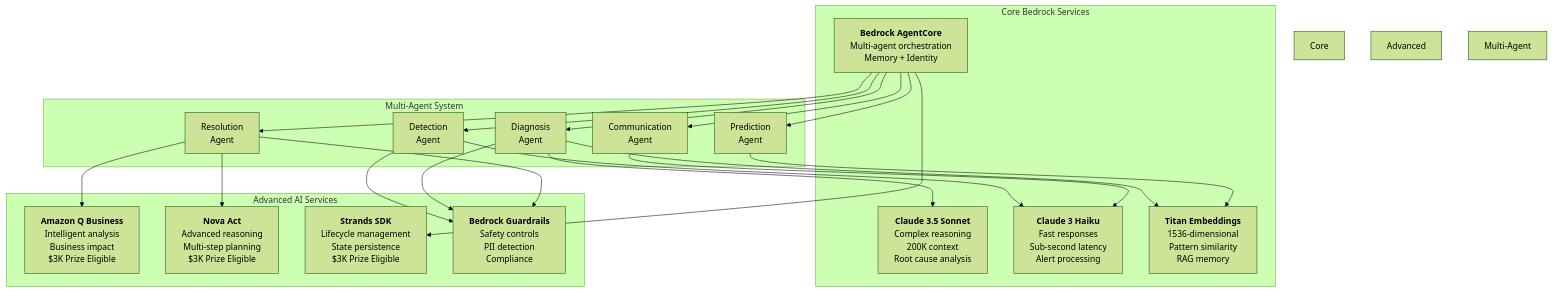
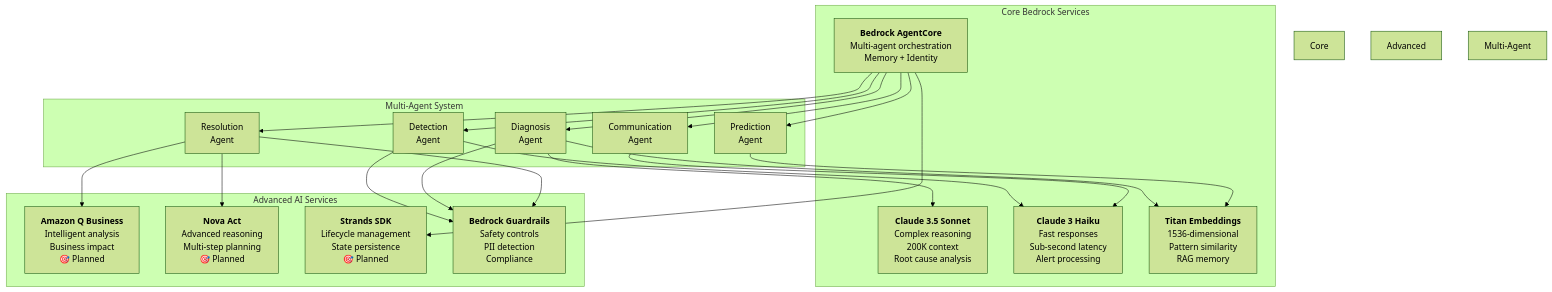
One commit to rish2jain/Incident-Commander changed the second of 6 diagrams in hackathon/HACKATHON_ARCHITECTURE.md. Above: the diagram before and after it, drawn with Mermaid (forest theme). The commit also changed other lines of this file and 74 other files, not shown here.

````diff
--- a/hackathon/HACKATHON_ARCHITECTURE.md
+++ b/hackathon/HACKATHON_ARCHITECTURE.md
@@ -410,50 +410,50 @@
 ```mermaid
 graph TB
     subgraph "Core Bedrock Services"
         AgentCore["<b>Bedrock AgentCore</b><br/>Multi-agent orchestration<br/>Memory + Identity"]
         Sonnet["<b>Claude 3.5 Sonnet</b><br/>Complex reasoning<br/>200K context<br/>Root cause analysis"]
         Haiku["<b>Claude 3 Haiku</b><br/>Fast responses<br/>Sub-second latency<br/>Alert processing"]
         Titan["<b>Titan Embeddings</b><br/>1536-dimensional<br/>Pattern similarity<br/>RAG memory"]
     end
 
     subgraph "Advanced AI Services"
-        QBusiness["<b>Amazon Q Business</b><br/>Intelligent analysis<br/>Business impact<br/>$3K Prize Eligible"]
-        Nova["<b>Nova Act</b><br/>Advanced reasoning<br/>Multi-step planning<br/>$3K Prize Eligible"]
-        Strands["<b>Strands SDK</b><br/>Lifecycle management<br/>State persistence<br/>$3K Prize Eligible"]
+        QBusiness["<b>Amazon Q Business</b><br/>Intelligent analysis<br/>Business impact<br/>🎯 Planned"]
+        Nova["<b>Nova Act</b><br/>Advanced reasoning<br/>Multi-step planning<br/>🎯 Planned"]
+        Strands["<b>Strands SDK</b><br/>Lifecycle management<br/>State persistence<br/>🎯 Planned"]
         Guardrails["<b>Bedrock Guardrails</b><br/>Safety controls<br/>PII detection<br/>Compliance"]
     end
 
     subgraph "Multi-Agent System"
         Detection["Detection<br/>Agent"]
         Diagnosis["Diagnosis<br/>Agent"]
         Prediction["Prediction<br/>Agent"]
         Resolution["Resolution<br/>Agent"]
         Communication["Communication<br/>Agent"]
     end
 
     AgentCore --> Detection
     AgentCore --> Diagnosis
     AgentCore --> Prediction
     AgentCore --> Resolution
     AgentCore --> Communication
 
     Diagnosis --> Sonnet
     Detection --> Haiku
     Communication --> Haiku
 
     Diagnosis --> Titan
     Prediction --> Titan
 
     Resolution --> QBusiness
     Resolution --> Nova
 
     AgentCore --> Strands
 
     Detection --> Guardrails
     Diagnosis --> Guardrails
     Resolution --> Guardrails
 
     style Core Bedrock Services fill:#e8eaf6
     style Advanced AI Services fill:#f3e5f5
     style Multi-Agent System fill:#e0f2f1
 ```
````
